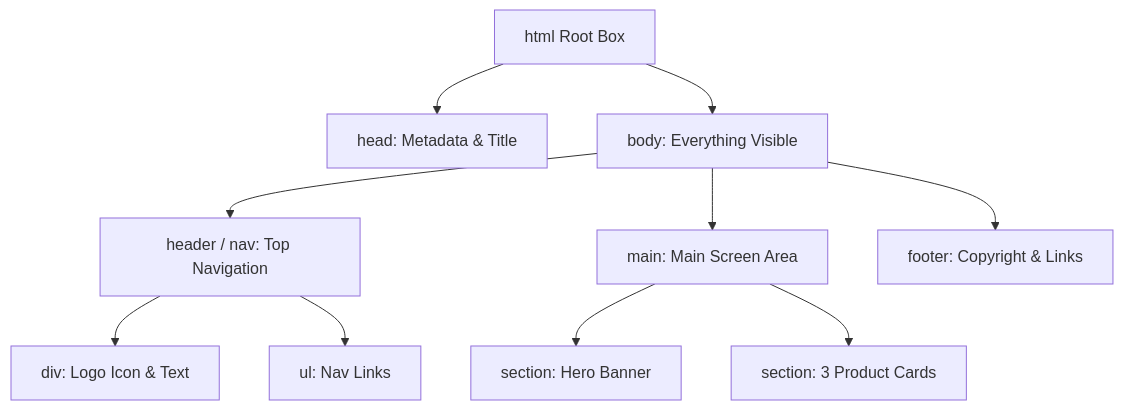
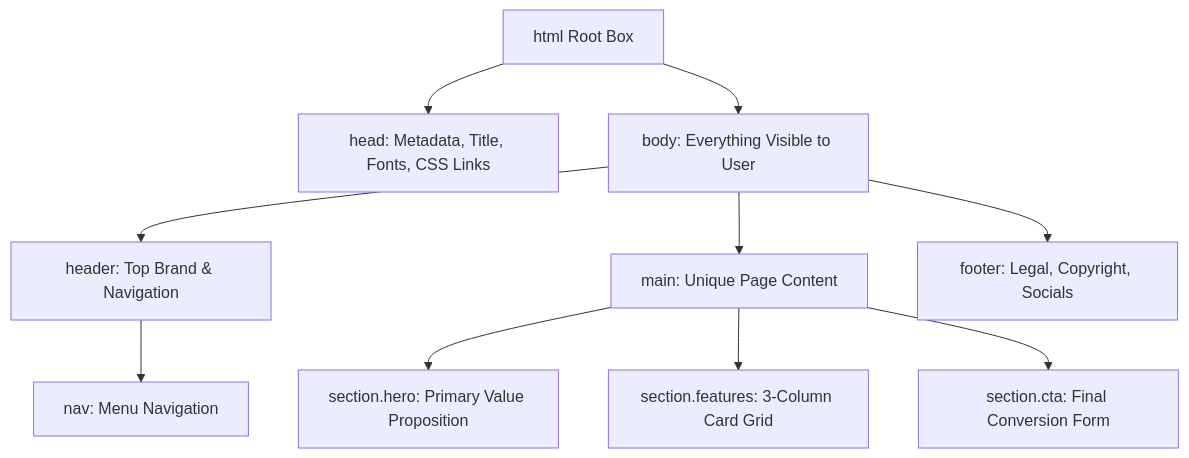
The third of 3 diagrams in lessons/lesson-02/README.md (adeel-abid-09/vibecodingslide), drawn with Mermaid before and after one commit. The commit also changed other lines of this file and 2 other files, not shown here.

Commit message:
feat(lesson-02): expand visual anatomy guide with comprehensive terminology and interactive flow lab

````diff
--- a/lessons/lesson-02/README.md
+++ b/lessons/lesson-02/README.md
@@ -25,27 +227,28 @@
 ```mermaid
 graph TD
     HTML[html Root Box]
-    HEAD[head: Metadata & Title]
-    BODY[body: Everything Visible]
+    HEAD[head: Metadata, Title, Fonts, CSS Links]
+    BODY[body: Everything Visible to User]
     
     HTML --> HEAD
     HTML --> BODY
     
-    NAV[header / nav: Top Navigation]
-    MAIN[main: Main Screen Area]
-    FOOTER[footer: Copyright & Links]
+    HEADER[header: Top Brand & Navigation]
+    MAIN[main: Unique Page Content]
+    FOOTER[footer: Legal, Copyright, Socials]
     
-    BODY --> NAV
+    BODY --> HEADER
     BODY --> MAIN
     BODY --> FOOTER
     
-    LOGO[div: Logo Icon & Text]
-    LINKS[ul: Nav Links]
-    NAV --> LOGO
-    NAV --> LINKS
+    NAV[nav: Menu Navigation]
+    HEADER --> NAV
     
-    HERO[section: Hero Banner]
-    GRID[section: 3 Product Cards]
+    HERO[section.hero: Primary Value Proposition]
+    FEATURES[section.features: 3-Column Card Grid]
+    CTA[section.cta: Final Conversion Form]
+    
     MAIN --> HERO
-    MAIN --> GRID
+    MAIN --> FEATURES
+    MAIN --> CTA
 ```
````
